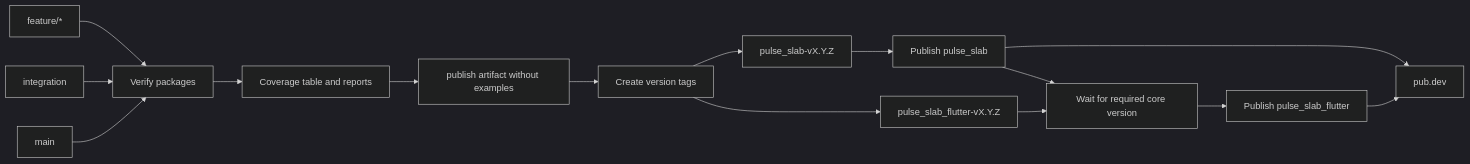
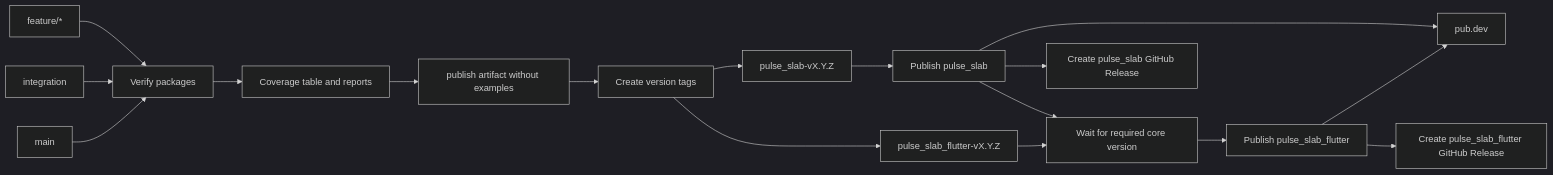
The diagram in docs/releasing.md (JohannesHupp/pulse_slab), drawn with Mermaid (dark theme) before and after one commit. The commit also changed other lines of this file and 4 other files, not shown here.

Commit message:
ci: Create GitHub Releases for published package tags

```diff
--- a/docs/releasing.md
+++ b/docs/releasing.md
@@ -13,17 +13,19 @@
 ~~~mermaid
 flowchart LR
   Feature[feature/*] --> Verify[Verify packages]
   Integration[integration] --> Verify
   Main[main] --> Verify
   Verify --> Coverage[Coverage table and reports]
   Coverage --> Snapshot[publish artifact without examples]
   Snapshot --> Tags[Create version tags]
   Tags --> CoreTag[pulse_slab-vX.Y.Z]
   Tags --> FlutterTag[pulse_slab_flutter-vX.Y.Z]
   CoreTag --> CorePublish[Publish pulse_slab]
   FlutterTag --> Wait[Wait for required core version]
   CorePublish --> PubDev[pub.dev]
+  CorePublish --> CoreRelease[Create pulse_slab GitHub Release]
   CorePublish --> Wait
   Wait --> FlutterPublish[Publish pulse_slab_flutter]
   FlutterPublish --> PubDev
+  FlutterPublish --> FlutterRelease[Create pulse_slab_flutter GitHub Release]
 ~~~
```
